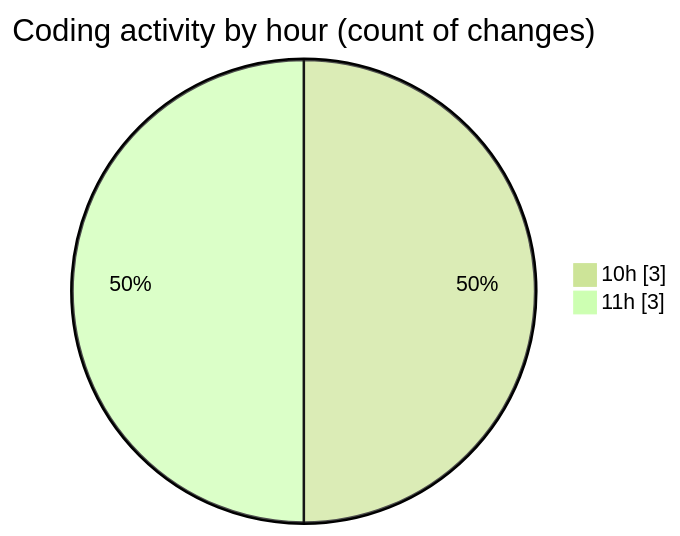
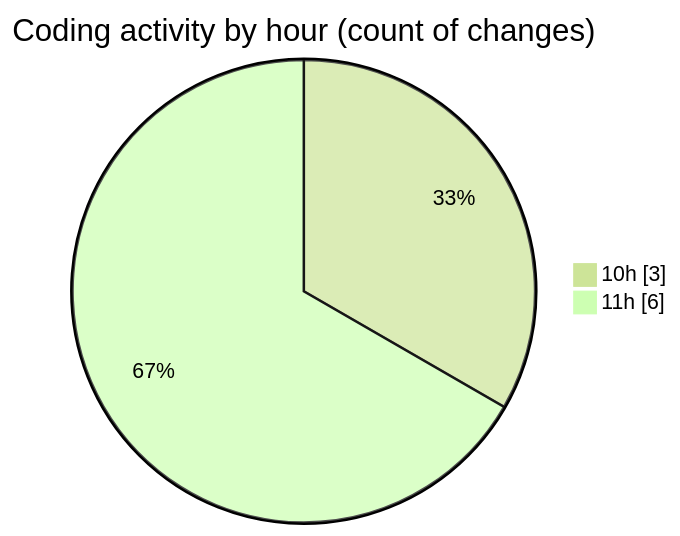
One commit to nxtqubesakshisongat/code-tracking changed the second of 2 diagrams in 2025-11-07/nxtqube_webapp/README.md. Above: the diagram before and after it, drawn with Mermaid (forest theme). The commit also changed other lines of this file and 1 other file, not shown here.

````diff
--- a/2025-11-07/nxtqube_webapp/README.md
+++ b/2025-11-07/nxtqube_webapp/README.md
@@ -31,6 +33,6 @@
 ```mermaid
 pie showData
 title Coding activity by hour (count of changes)
 "10h" : 3
-"11h" : 3
+"11h" : 6
 ```
````
